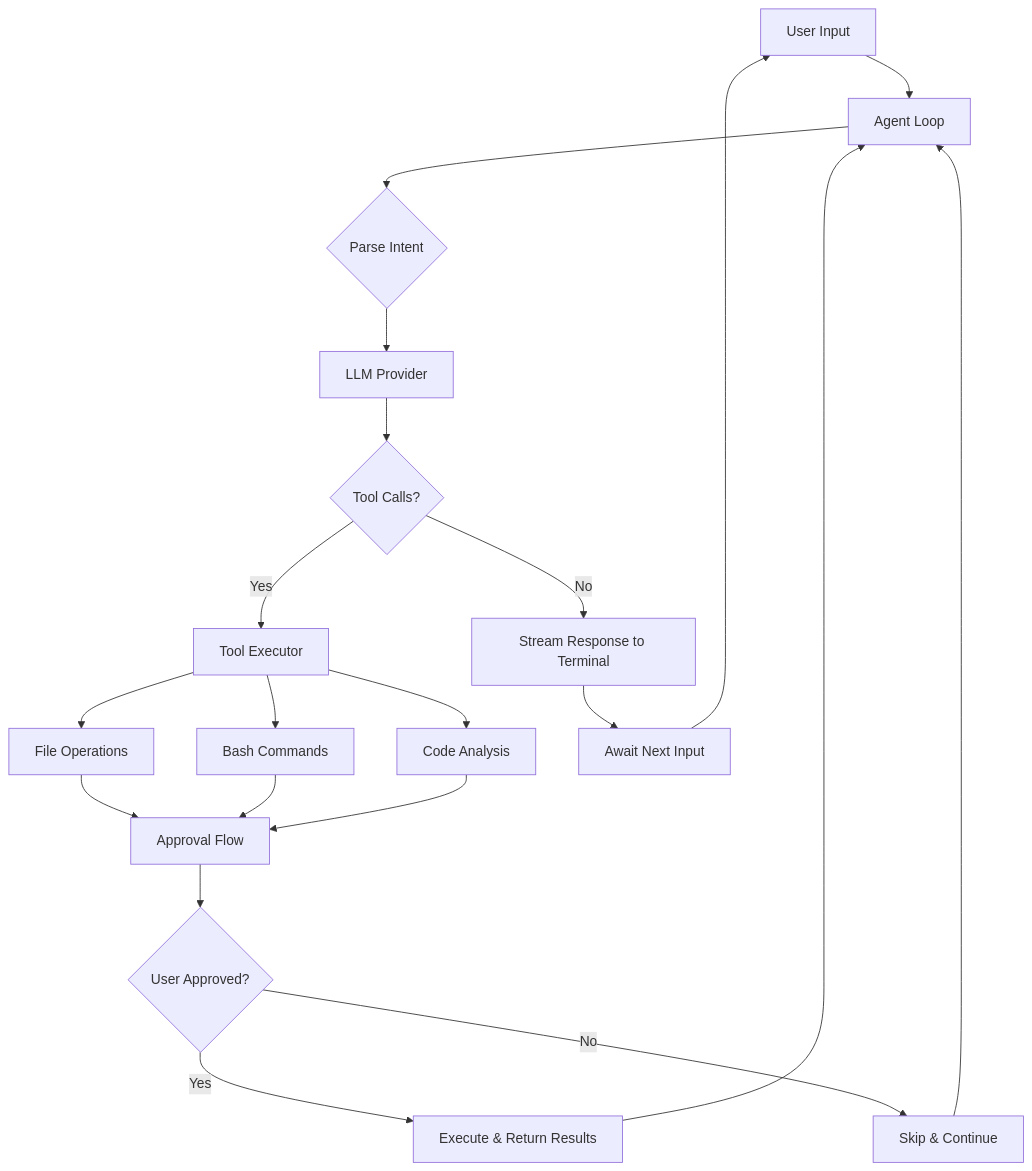
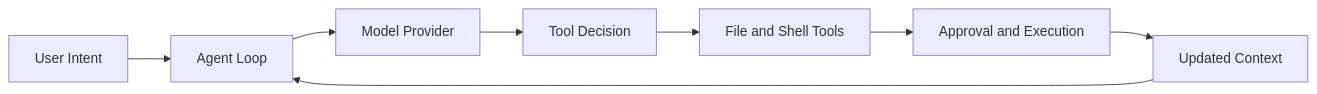
The diagram in tutorials/nanocoder-tutorial/index.md (johnxie/awesome-code-docs), drawn with Mermaid before and after one commit. The commit also changed other lines of this file and 6 other files, not shown here.

````diff
--- a/tutorials/nanocoder-tutorial/index.md
+++ b/tutorials/nanocoder-tutorial/index.md
@@ -21,22 +38,10 @@
 ```mermaid
-flowchart TD
-    A[User Input] --> B[Agent Loop]
-    B --> C{Parse Intent}
-    C --> D[LLM Provider]
-    D --> E{Tool Calls?}
-    E -->|Yes| F[Tool Executor]
-    F --> G[File Operations]
-    F --> H[Bash Commands]
-    F --> I[Code Analysis]
-    G --> J[Approval Flow]
-    H --> J
-    I --> J
-    J --> K{User Approved?}
-    K -->|Yes| L[Execute & Return Results]
-    K -->|No| M[Skip & Continue]
-    L --> B
-    M --> B
-    E -->|No| N[Stream Response to Terminal]
-    N --> O[Await Next Input]
-    O --> A
+flowchart LR
+    A[User Intent] --> B[Agent Loop]
+    B --> C[Model Provider]
+    C --> D[Tool Decision]
+    D --> E[File and Shell Tools]
+    E --> F[Approval and Execution]
+    F --> G[Updated Context]
+    G --> B
 ```
````
